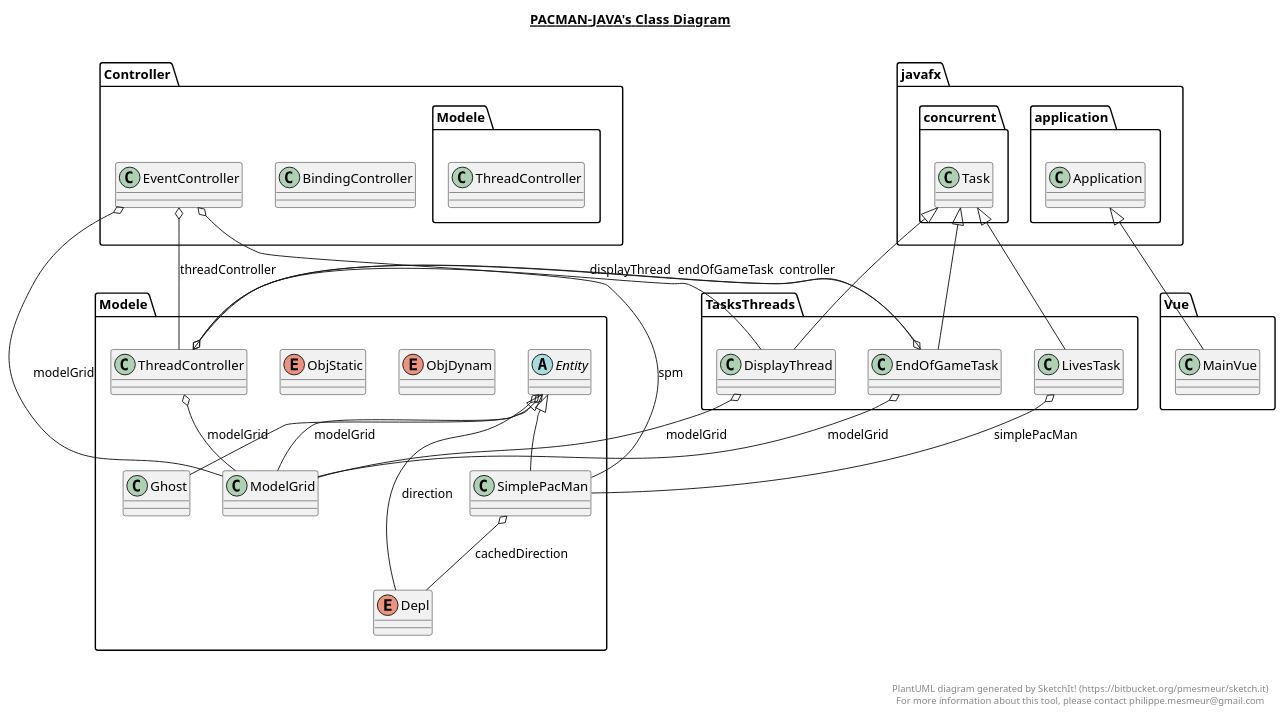
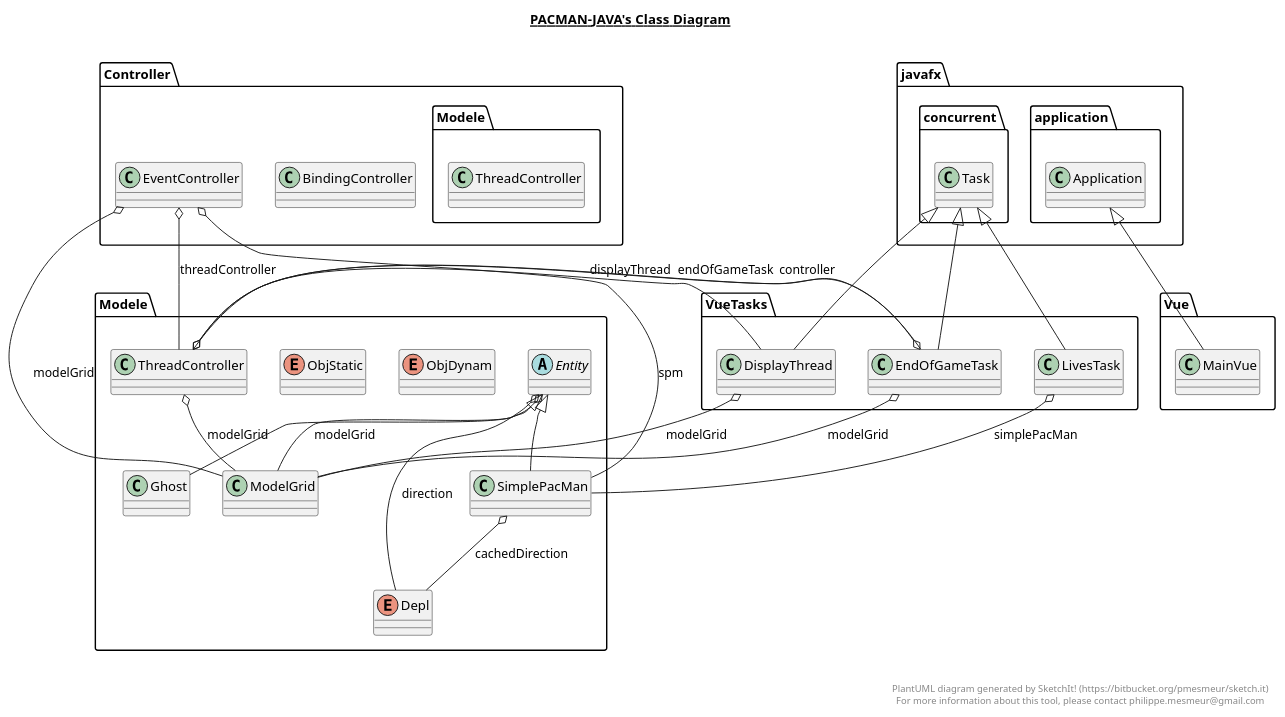
The diagram in PacMan-Java.plantuml (SimonGaufreteau/PacMan-Java), drawn with PlantUML before and after one commit. The commit also changed 7 other files, not shown here.

```diff
--- a/PacMan-Java.plantuml
+++ b/PacMan-Java.plantuml
@@ -1,118 +1,118 @@
 @startuml
 
 title __PACMAN-JAVA's Class Diagram__\n
 
   namespace Controller {
     class Controller.BindingController {
     }
   }
   
 
   namespace Controller {
     class Controller.EventController {
     }
   }
   
 
   namespace Controller {
     class Modele.ThreadController {
     }
   }
   
 
   namespace Modele {
     enum Depl {
     }
   }
   
 
   namespace Modele {
     abstract class Modele.Entity {
     }
   }
   
 
   namespace Modele {
     class Modele.Ghost {
     }
   }
   
 
   namespace Modele {
     class Modele.ModelGrid {
     }
   }
   
 
   namespace Modele {
     enum ObjDynam {
     }
   }
   
 
   namespace Modele {
     enum ObjStatic {
     }
   }
   
 
   namespace Modele {
     class Modele.SimplePacMan {
     }
   }
   
 
-  namespace TasksThreads {
-    class TasksThreads.DisplayThread {
+  namespace VueTasks {
+    class VueTasks.DisplayThread {
     }
   }
   
 
-  namespace TasksThreads {
-    class TasksThreads.EndOfGameTask {
+  namespace VueTasks {
+    class VueTasks.EndOfGameTask {
     }
   }
   
 
-  namespace TasksThreads {
-    class TasksThreads.LivesTask {
+  namespace VueTasks {
+    class VueTasks.LivesTask {
     }
   }
   
 
   namespace Vue {
     class Vue.MainVue {
     }
   }
   
 
   Controller.EventController o-- Modele.ModelGrid : modelGrid
   Controller.EventController o-- Modele.SimplePacMan : spm
   Controller.EventController o-- Modele.ThreadController : threadController
-  Modele.ThreadController o-- TasksThreads.DisplayThread : displayThread
-  Modele.ThreadController o-- TasksThreads.EndOfGameTask : endOfGameTask
+  Modele.ThreadController o-- VueTasks.DisplayThread : displayThread
+  Modele.ThreadController o-- VueTasks.EndOfGameTask : endOfGameTask
   Modele.ThreadController o-- Modele.ModelGrid : modelGrid
   Modele.ThreadController o-- Controller.BindingController.direction : paneDirection
   Modele.Entity o-- Modele.Depl : direction
   Modele.Entity o-- Modele.ModelGrid : modelGrid
   Modele.Ghost -up-|> Modele.Entity
   Modele.SimplePacMan -up-|> Modele.Entity
   Modele.SimplePacMan o-- Modele.Depl : cachedDirection
-  TasksThreads.DisplayThread -up-|> javafx.concurrent.Task
-  TasksThreads.DisplayThread o-- Modele.ModelGrid : modelGrid
-  TasksThreads.EndOfGameTask -up-|> javafx.concurrent.Task
-  TasksThreads.EndOfGameTask o-- Modele.ThreadController : controller
-  TasksThreads.EndOfGameTask o-- Modele.ModelGrid : modelGrid
-  TasksThreads.LivesTask -up-|> javafx.concurrent.Task
-  TasksThreads.LivesTask o-- Modele.SimplePacMan : simplePacMan
+  VueTasks.DisplayThread -up-|> javafx.concurrent.Task
+  VueTasks.DisplayThread o-- Modele.ModelGrid : modelGrid
+  VueTasks.EndOfGameTask -up-|> javafx.concurrent.Task
+  VueTasks.EndOfGameTask o-- Modele.ThreadController : controller
+  VueTasks.EndOfGameTask o-- Modele.ModelGrid : modelGrid
+  VueTasks.LivesTask -up-|> javafx.concurrent.Task
+  VueTasks.LivesTask o-- Modele.SimplePacMan : simplePacMan
   Vue.MainVue -up-|> javafx.application.Application
 
 
 right footer
 
 
 PlantUML diagram generated by SketchIt! (https://bitbucket.org/pmesmeur/sketch.it)
 For more information about this tool, please contact philippe.mesmeur@gmail.com
 endfooter
 
 @enduml
```
